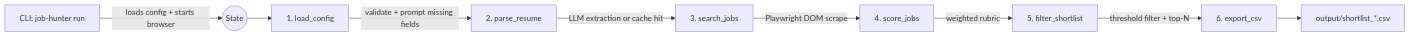
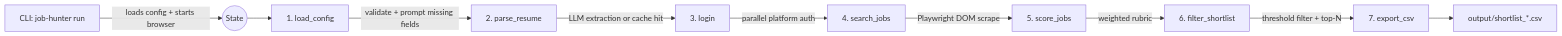
One commit to robinydv007/job-hunter changed the diagram in specs/architecture/overview.md. Above: the diagram before and after it, drawn with Mermaid. The commit also changed other lines of this file and 15 other files, not shown here.

````diff
--- a/specs/architecture/overview.md
+++ b/specs/architecture/overview.md
@@ -133,11 +135,12 @@
 ```mermaid
 graph LR
     CLI[CLI: job-hunter run] -->|loads config + starts browser| S((State))
     S --> N1[1. load_config]
     N1 -->|validate + prompt missing fields| N2[2. parse_resume]
-    N2 -->|LLM extraction or cache hit| N3[3. search_jobs]
-    N3 -->|Playwright DOM scrape| N4[4. score_jobs]
-    N4 -->|weighted rubric| N5[5. filter_shortlist]
-    N5 -->|threshold filter + top-N| N6[6. export_csv]
-    N6 --> OUT[output/shortlist_*.csv]
+    N2 -->|LLM extraction or cache hit| N3[3. login]
+    N3 -->|parallel platform auth| N4[4. search_jobs]
+    N4 -->|Playwright DOM scrape| N5[5. score_jobs]
+    N5 -->|weighted rubric| N6[6. filter_shortlist]
+    N6 -->|threshold filter + top-N| N7[7. export_csv]
+    N7 --> OUT[output/shortlist_*.csv]
 ```
````
